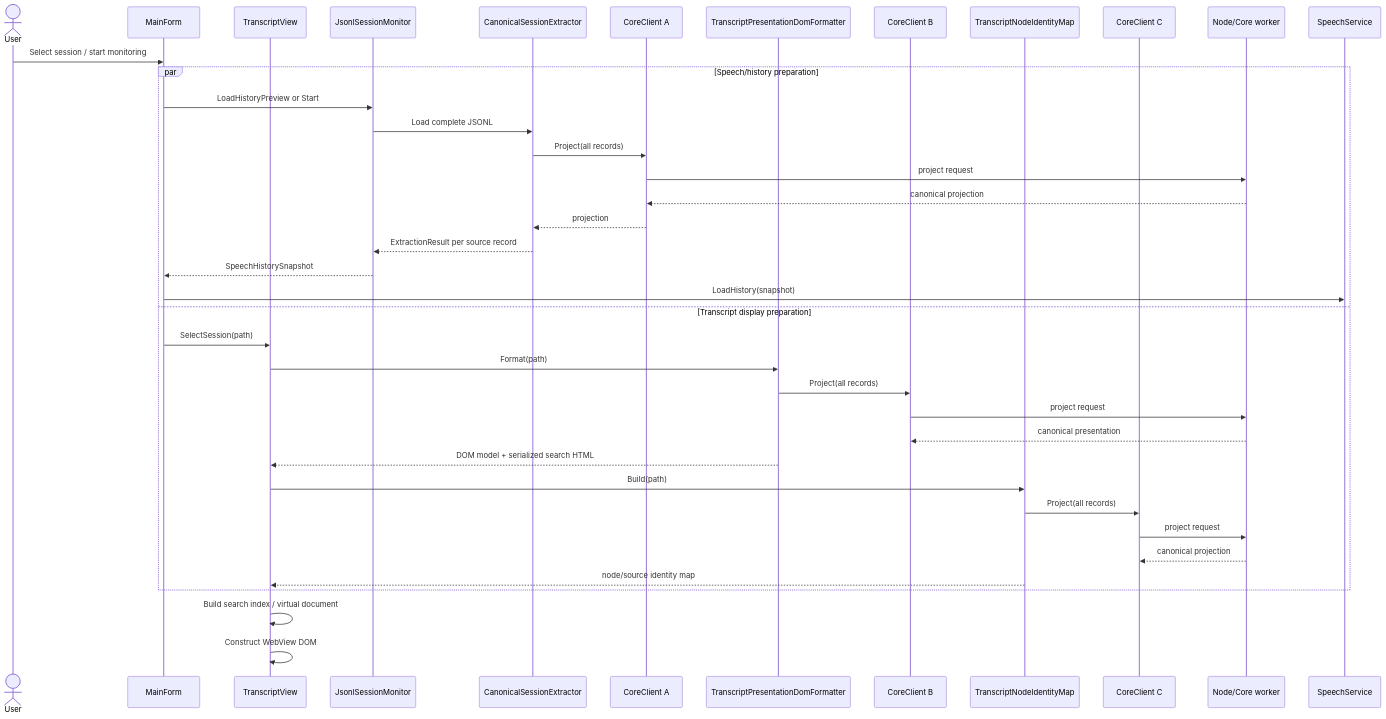
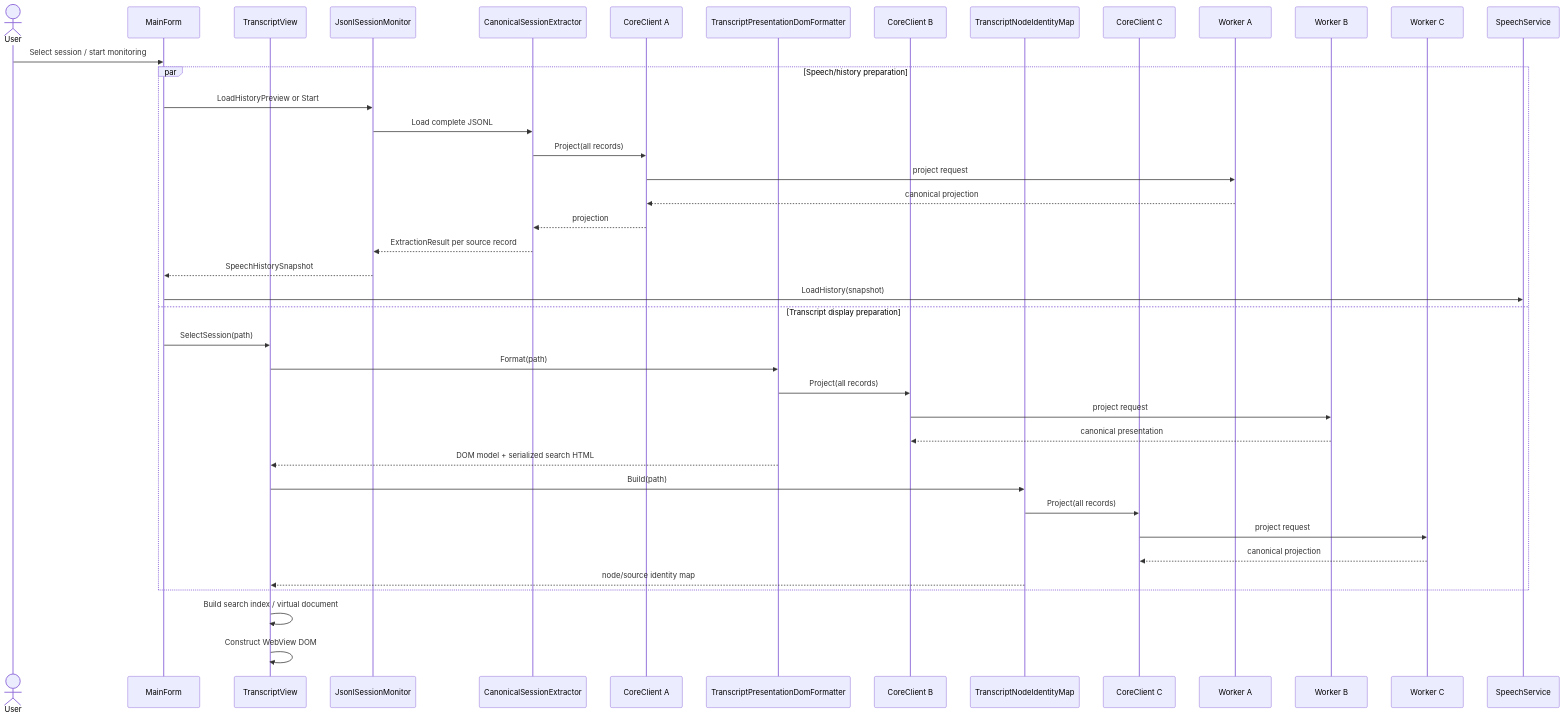
One commit to Ma-XX-oN/AgentPanelSpeaker.NET changed the third of 4 diagrams in docs/architecture/current-runtime.md. Above: the diagram before and after it, drawn with Mermaid. The commit also changed other lines of this file, not shown here.

Commit message:
docs: correct current worker and event relationships

````diff
--- a/docs/architecture/current-runtime.md
+++ b/docs/architecture/current-runtime.md
@@ -188,44 +203,46 @@
 ```mermaid
 sequenceDiagram
   actor User
   participant MF as MainForm
   participant TV as TranscriptView
   participant JM as JsonlSessionMonitor
   participant CSE as CanonicalSessionExtractor
   participant C1 as CoreClient A
   participant DOM as TranscriptPresentationDomFormatter
   participant C2 as CoreClient B
   participant ID as TranscriptNodeIdentityMap
   participant C3 as CoreClient C
-  participant NW as Node/Core worker
+  participant N1 as Worker A
+  participant N2 as Worker B
+  participant N3 as Worker C
   participant SS as SpeechService
 
   User->>MF: Select session / start monitoring
 
   par Speech/history preparation
     MF->>JM: LoadHistoryPreview or Start
     JM->>CSE: Load complete JSONL
     CSE->>C1: Project(all records)
-    C1->>NW: project request
-    NW-->>C1: canonical projection
+    C1->>N1: project request
+    N1-->>C1: canonical projection
     C1-->>CSE: projection
     CSE-->>JM: ExtractionResult per source record
     JM-->>MF: SpeechHistorySnapshot
     MF->>SS: LoadHistory(snapshot)
   and Transcript display preparation
     MF->>TV: SelectSession(path)
     TV->>DOM: Format(path)
     DOM->>C2: Project(all records)
-    C2->>NW: project request
-    NW-->>C2: canonical presentation
+    C2->>N2: project request
+    N2-->>C2: canonical presentation
     DOM-->>TV: DOM model + serialized search HTML
     TV->>ID: Build(path)
     ID->>C3: Project(all records)
-    C3->>NW: project request
-    NW-->>C3: canonical projection
+    C3->>N3: project request
+    N3-->>C3: canonical projection
     ID-->>TV: node/source identity map
   end
 
   TV->>TV: Build search index / virtual document
   TV->>TV: Construct WebView DOM
 ```
````
